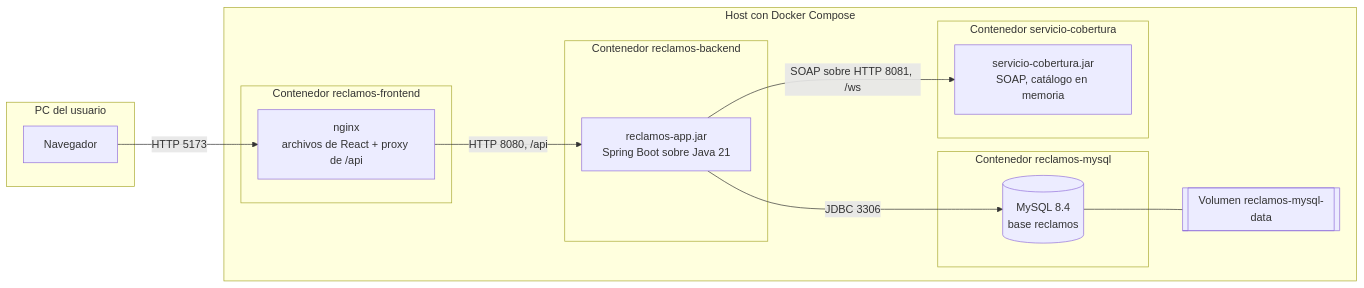
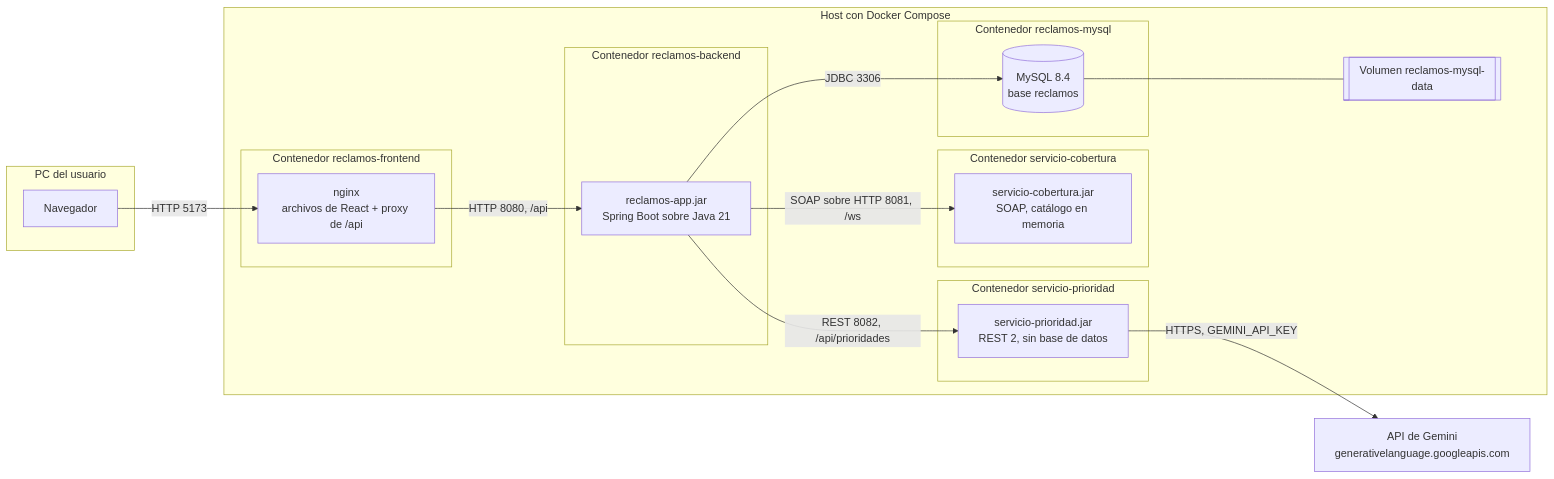
One commit to SanTegli/DesarrolloAppsIIGrupo10 changed the diagram in docs/despliegue.md. Above: the diagram before and after it, drawn with Mermaid. The commit also changed other lines of this file and 69 other files, not shown here.

First line of the commit message:
feat: agregar servicio de prioridad con IA (REST 2) y cliente en el backend

````diff
--- a/docs/despliegue.md
+++ b/docs/despliegue.md
@@ -7,27 +8,33 @@
 ```mermaid
 flowchart LR
   subgraph PC["PC del usuario"]
     NAV["Navegador"]
   end
   subgraph DOCKER["Host con Docker Compose"]
     subgraph CF["Contenedor reclamos-frontend"]
       NGINX["nginx<br/>archivos de React + proxy de /api"]
     end
     subgraph CB["Contenedor reclamos-backend"]
       APP["reclamos-app.jar<br/>Spring Boot sobre Java 21"]
     end
     subgraph CM["Contenedor reclamos-mysql"]
       DB[("MySQL 8.4<br/>base reclamos")]
     end
     subgraph CS["Contenedor servicio-cobertura"]
       SOAP["servicio-cobertura.jar<br/>SOAP, catálogo en memoria"]
     end
+    subgraph CP["Contenedor servicio-prioridad"]
+      IA["servicio-prioridad.jar<br/>REST 2, sin base de datos"]
+    end
     VOL[["Volumen reclamos-mysql-data"]]
   end
+  GEM["API de Gemini<br/>generativelanguage.googleapis.com"]
 
   NAV -->|"HTTP 5173"| NGINX
   NGINX -->|"HTTP 8080, /api"| APP
   APP -->|"JDBC 3306"| DB
   APP -->|"SOAP sobre HTTP 8081, /ws"| SOAP
+  APP -->|"REST 8082, /api/prioridades"| IA
+  IA -->|"HTTPS, GEMINI_API_KEY"| GEM
   DB --- VOL
 ```
````
